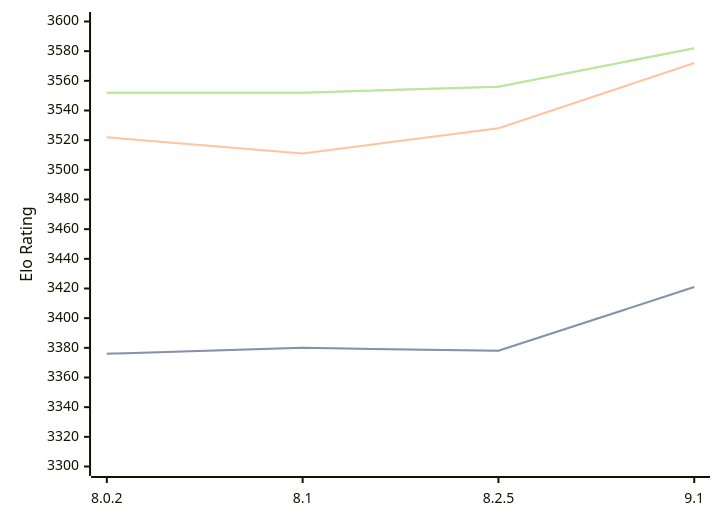
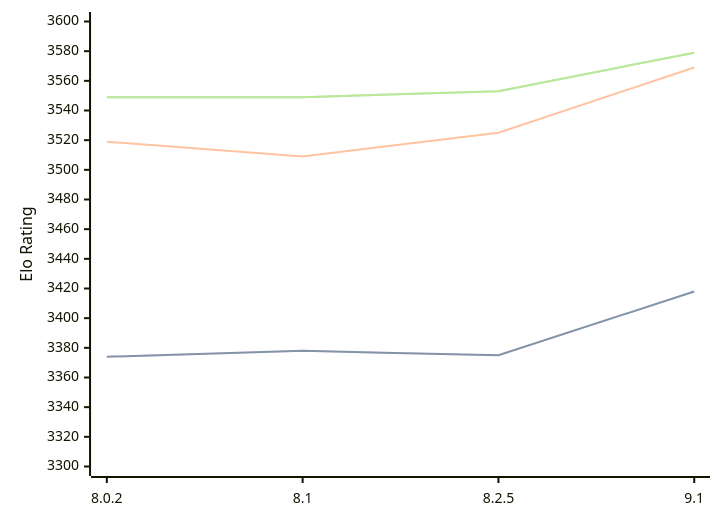
One commit to computer-chess-index/cci changed the diagram in engines/Clover.md. Above: the diagram before and after it, drawn with Mermaid. The commit also changed other lines of this file, not shown here.

Commit message:
Update CCI Ratings (ELO VLTC) - 2026-03-10

````diff
--- a/engines/Clover.md
+++ b/engines/Clover.md
@@ -62,11 +62,11 @@
 ```mermaid
 %%{init: {"theme":"base","themeVariables":{"seriesColors:['#a3a3a3','#222221','#faa371']}}}%%
 xychart-beta
   x-axis ["8.0.2", "8.1", "8.2.5", "9.1"]
   y-axis "Elo Rating" 3300 --> 3600
-  line "STC (8.0+0.08s)" [3376, 3380, 3378, 3421]
-  line "STC (8.0+0.08s)" [3376, 3380, 3378, 3421]
-  line "LTC (60.0+0.60s)" [3522, 3511, 3528, 3572]
-  line "VLTC (2m24s+1.12s)" [3552, 3552, 3556, 3582]
-  line "VLTC (2m24s+1.12s)" [3552, 3552, 3556, 3582]
+  line "STC (8.0+0.08s)" [3374, 3378, 3375, 3418]
+  line "STC (8.0+0.08s)" [3374, 3378, 3375, 3418]
+  line "LTC (60.0+0.60s)" [3519, 3509, 3525, 3569]
+  line "VLTC (2m24s+1.12s)" [3549, 3549, 3553, 3579]
+  line "VLTC (2m24s+1.12s)" [3549, 3549, 3553, 3579]
 ```
````
